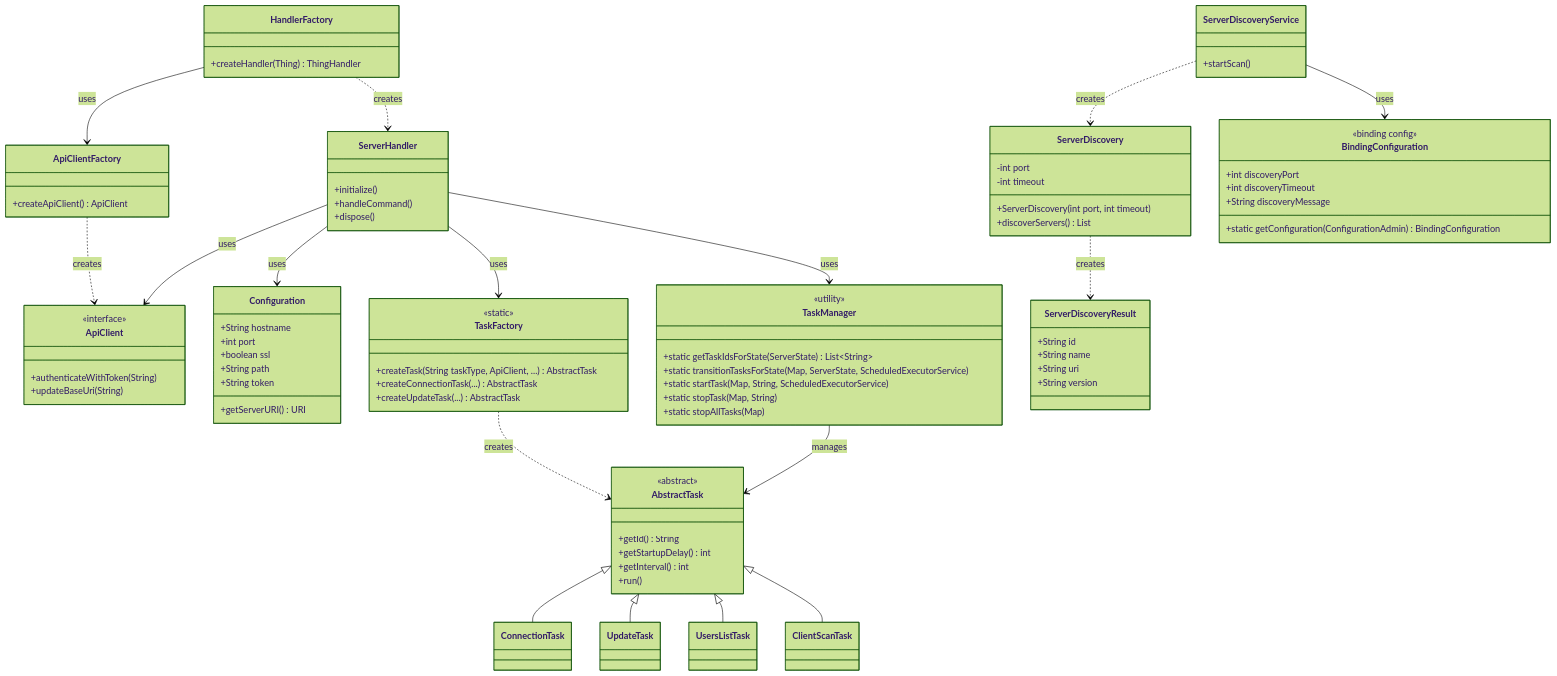
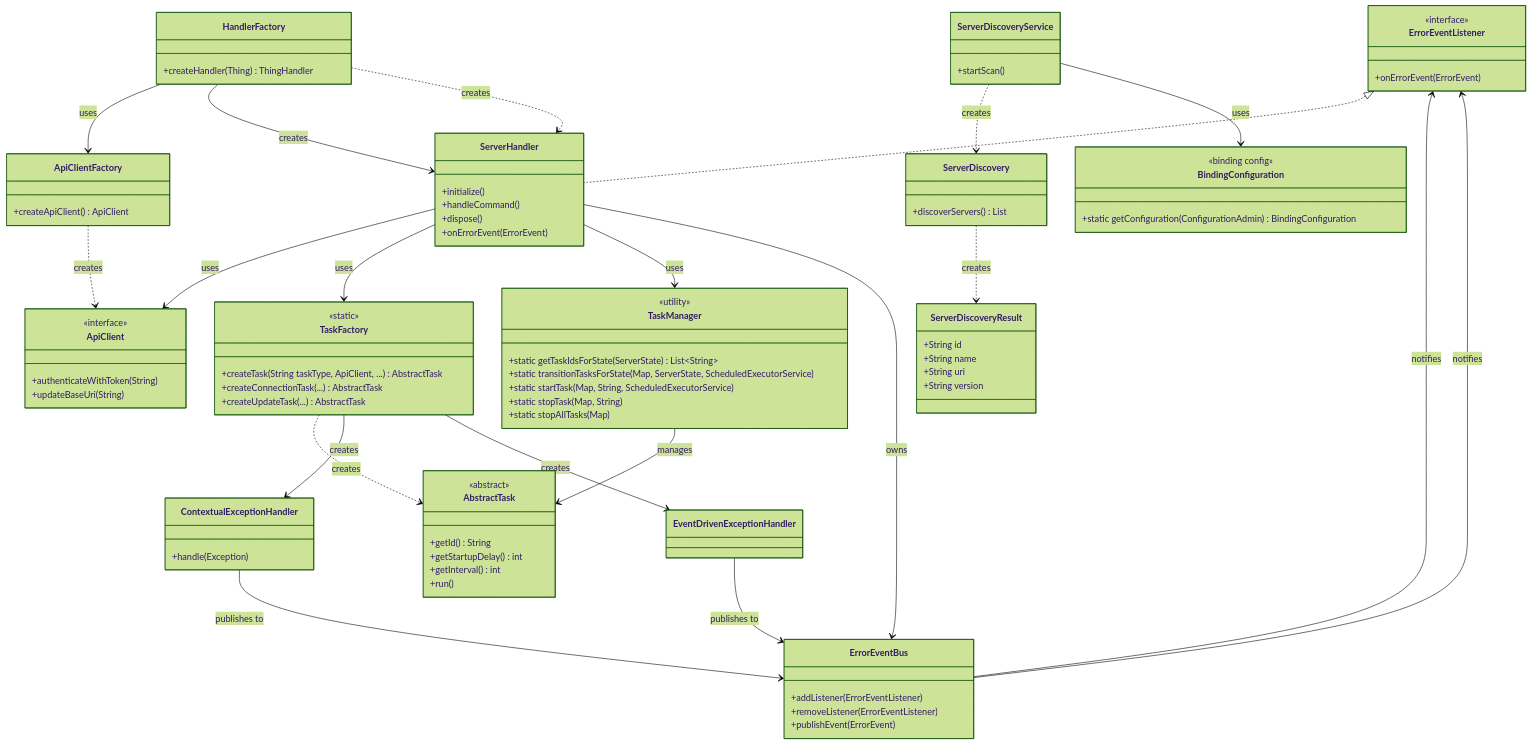
One commit to openhab/openhab-addons changed the diagram in bundles/org.openhab.binding.jellyfin/CONTRIBUTION.md. Above: the diagram before and after it, drawn with Mermaid (forest theme). The commit also changed other lines of this file and 6 other files, not shown here.

First line of the commit message:
✨ refactor: implement event-driven error handling architecture

````diff
--- a/bundles/org.openhab.binding.jellyfin/CONTRIBUTION.md
+++ b/bundles/org.openhab.binding.jellyfin/CONTRIBUTION.md
@@ -9,25 +9,28 @@
 ```mermaid
 classDiagram
-    %% Class inheritance relationships
-    AbstractTask <|-- ConnectionTask
-    AbstractTask <|-- UpdateTask
-    AbstractTask <|-- UsersListTask
-    AbstractTask <|-- ClientScanTask
-
+    %% Interface implementations
+    ErrorEventListener <|.. ServerHandler
     
     %% Class dependencies and usage relationships
     HandlerFactory --> ApiClientFactory : uses
     ServerHandler --> ApiClient : uses
-    ServerHandler --> Configuration : uses
     ServerHandler --> TaskFactory : uses
     ServerHandler --> TaskManager : uses
+    ServerHandler --> ErrorEventBus : owns
     ServerDiscoveryService ..> ServerDiscovery : creates
     ServerDiscoveryService --> BindingConfiguration : uses
     TaskFactory ..> AbstractTask : creates
     TaskManager --> AbstractTask : manages
     ServerDiscovery ..> ServerDiscoveryResult : creates
     ApiClientFactory ..> ApiClient : creates
+    HandlerFactory --> ServerHandler : creates
+    ContextualExceptionHandler --> ErrorEventBus : publishes to
+    ErrorEventBus --> ErrorEventListener : notifies
+    TaskFactory --> ContextualExceptionHandler : creates
     HandlerFactory ..> ServerHandler : creates
+    EventDrivenExceptionHandler --> ErrorEventBus : publishes to
+    ErrorEventBus --> ErrorEventListener : notifies
+    TaskFactory --> EventDrivenExceptionHandler : creates
     
     %% Class definitions with key attributes and methods
     class HandlerFactory {
@@ -38,6 +41,7 @@
         +initialize()
         +handleCommand()
         +dispose()
+        +onErrorEvent(ErrorEvent)
     }
     
     class TaskManager {
@@ -64,9 +68,6 @@
     }
     
     class ServerDiscovery {
-        -int port
-        -int timeout
-        +ServerDiscovery(int port, int timeout)
         +discoverServers() List
     }
     
@@ -85,20 +86,8 @@
         +createUpdateTask(...) AbstractTask
     }
     
-    class Configuration {
-        +String hostname
-        +int port
-        +boolean ssl
-        +String path
-        +String token
-        +getServerURI() URI
-    }
-    
     class BindingConfiguration {
         <<binding config>>
-        +int discoveryPort
-        +int discoveryTimeout
-        +String discoveryMessage
         +static getConfiguration(ConfigurationAdmin) BindingConfiguration
     }
     
@@ -109,21 +98,18 @@
         +String version
     }
     
-    class ConnectionTask {
-        %% Inherits run() from AbstractTask
+    class ErrorEventListener {
+        <<interface>>
+        +onErrorEvent(ErrorEvent)
     }
     
-    class UpdateTask {
-        %% Inherits run() from AbstractTask
+    class ErrorEventBus {
+        +addListener(ErrorEventListener)
+        +removeListener(ErrorEventListener)
+        +publishEvent(ErrorEvent)
     }
     
-    class UsersListTask {
-        %% Inherits run() from AbstractTask
-        %% Available but not currently used
-    }
-    
-    class ClientScanTask {
-        %% Inherits run() from AbstractTask
-        %% Available but not currently used
+    class ContextualExceptionHandler {
+        +handle(Exception)
     }
 ```
````
